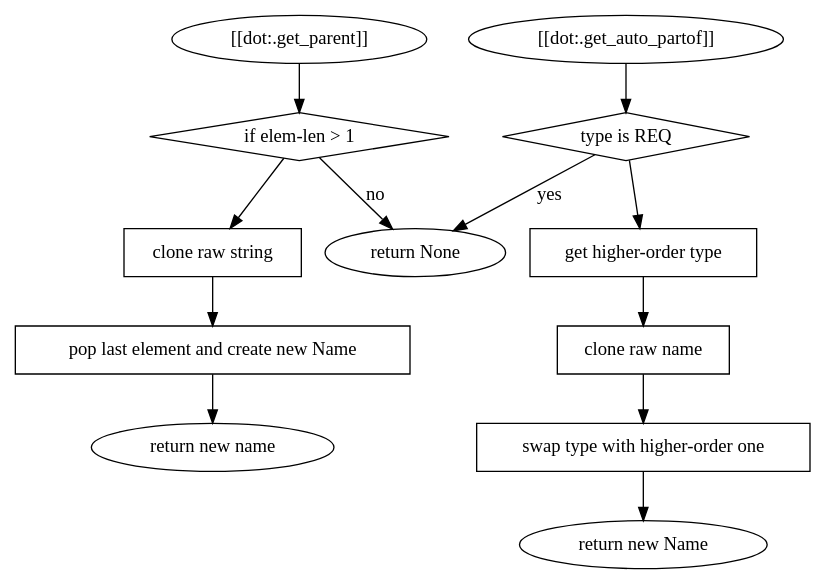
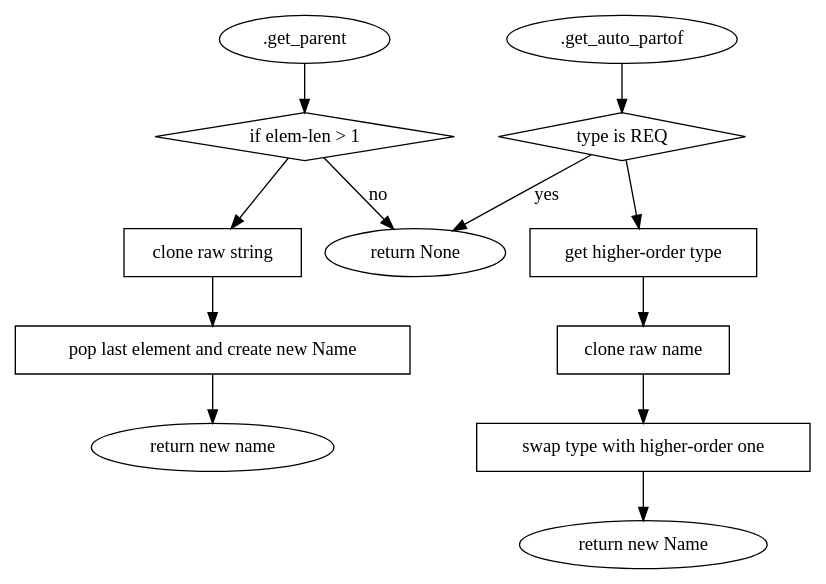
One commit to vitiral/artifact changed the third of 3 diagrams in artifact-data/design/family.md. Above: the diagram before and after it, drawn with Graphviz. The commit also changed other lines of this file and 17 other files, not shown here.

````diff
--- a/artifact-data/design/family.md
+++ b/artifact-data/design/family.md
@@ -98,21 +98,21 @@
 ```dot
 digraph G {
-    "[[dot:.get_parent]]" -> { "if" [label="if elem-len > 1"; shape=diamond] };
+    ".get_parent" -> { "if" [label="if elem-len > 1"; shape=diamond] };
     "if" -> "return None" [label = "no"];
     "if" -> {"clone raw string" [
         shape=box;
     ]} -> {"pop last element and create new Name" [
         shape=box;
     ]} -> "return new name";
 
-    "[[dot:.get_auto_partof]]" -> { if_req [label="type is REQ"; shape=diamond] };
+    ".get_auto_partof" -> { if_req [label="type is REQ"; shape=diamond] };
     if_req -> "return None" [label="yes"];
     if_req -> {"get higher-order type" [
         shape=box;
     ]} -> {"clone raw name" [
         shape=box;
     ]} -> {"swap type with higher-order one" [
         shape=box;
     ]} -> "return new Name";
 }
 ```
````
